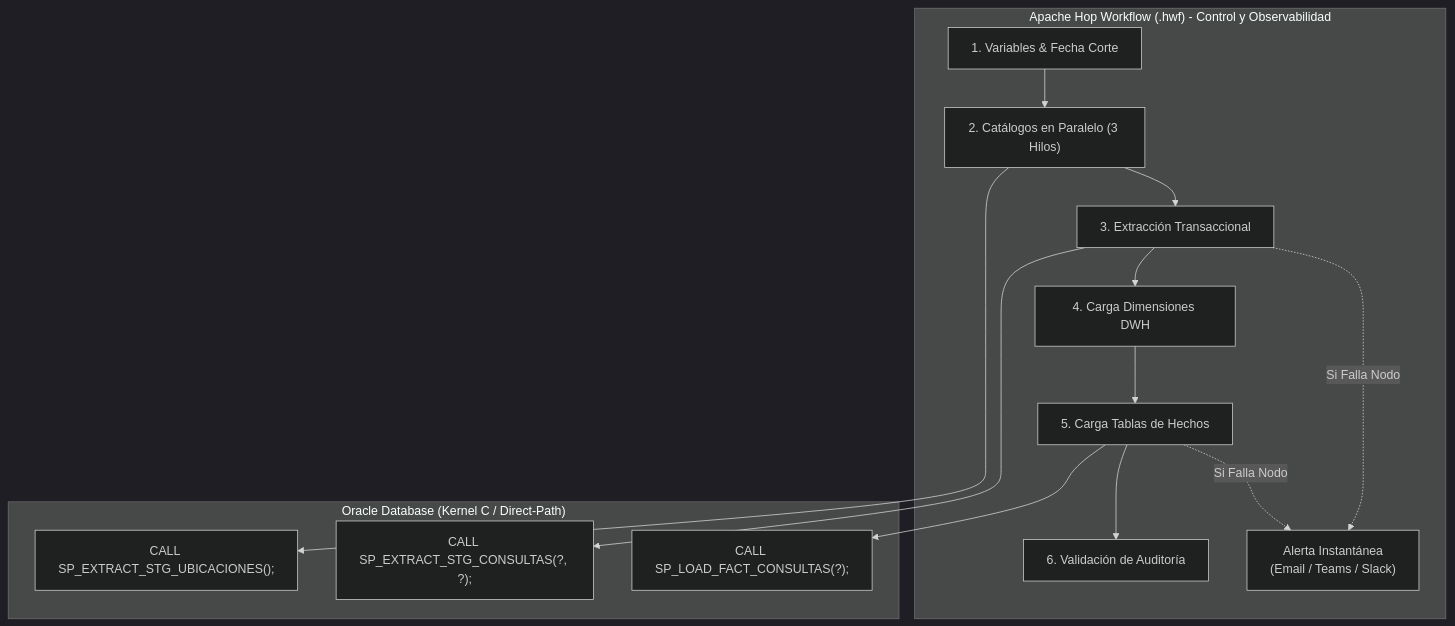
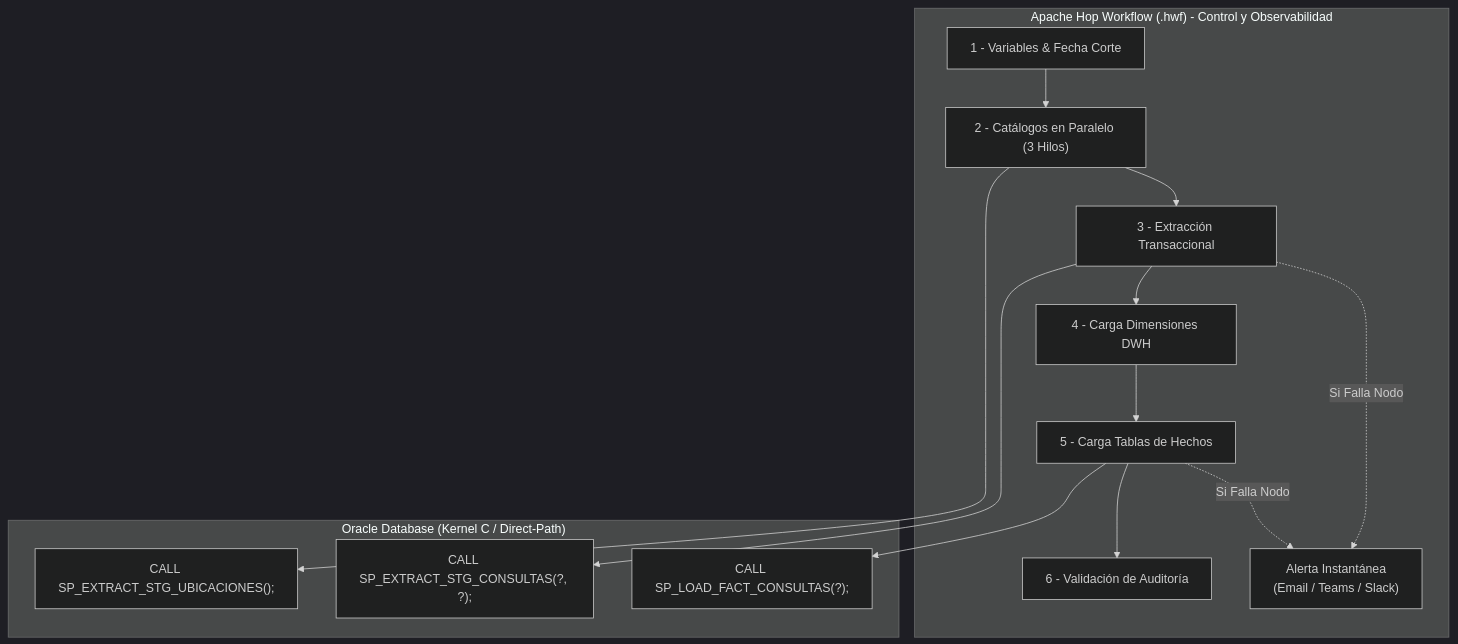
One commit to Alas06012/Kodigo-Grupo3 changed the fourth of 4 diagrams in MANUAL_DATAWAREHOUSE_PIPELINE.md. Above: the diagram before and after it, drawn with Mermaid (dark theme). The commit also changed 53 other files, not shown here.

````diff
--- a/MANUAL_DATAWAREHOUSE_PIPELINE.md
+++ b/MANUAL_DATAWAREHOUSE_PIPELINE.md
@@ -256,23 +256,23 @@
 ```mermaid
 flowchart TD
     subgraph HOP["Apache Hop Workflow (.hwf) - Control y Observabilidad"]
-        H1["1. Variables & Fecha Corte"] --> H2["2. Catálogos en Paralelo (3 Hilos)"]
-        H2 --> H3["3. Extracción Transaccional"]
-        H3 --> H4["4. Carga Dimensiones DWH"]
-        H4 --> H5["5. Carga Tablas de Hechos"]
-        H5 --> H6["6. Validación de Auditoría"]
+        H1["1 - Variables & Fecha Corte"] --> H2["2 - Catálogos en Paralelo (3 Hilos)"]
+        H2 --> H3["3 - Extracción Transaccional"]
+        H3 --> H4["4 - Carga Dimensiones DWH"]
+        H4 --> H5["5 - Carga Tablas de Hechos"]
+        H5 --> H6["6 - Validación de Auditoría"]
 
         H3 -.->|"Si Falla Nodo"| FailAlert["Alerta Instantánea<br/>(Email / Teams / Slack)"]
         H5 -.->|"Si Falla Nodo"| FailAlert
     end
 
     subgraph ORACLE["Oracle Database (Kernel C / Direct-Path)"]
         O1["CALL SP_EXTRACT_STG_UBICACIONES();"]
         O2["CALL SP_EXTRACT_STG_CONSULTAS(?, ?);"]
         O3["CALL SP_LOAD_FACT_CONSULTAS(?);"]
     end
 
     H2 --> O1
     H3 --> O2
     H5 --> O3
 ```
````
